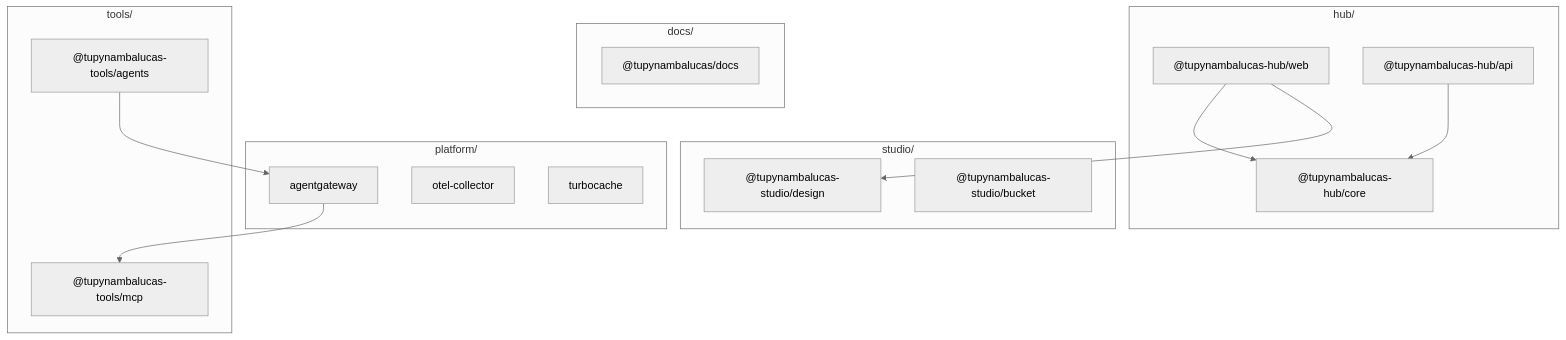
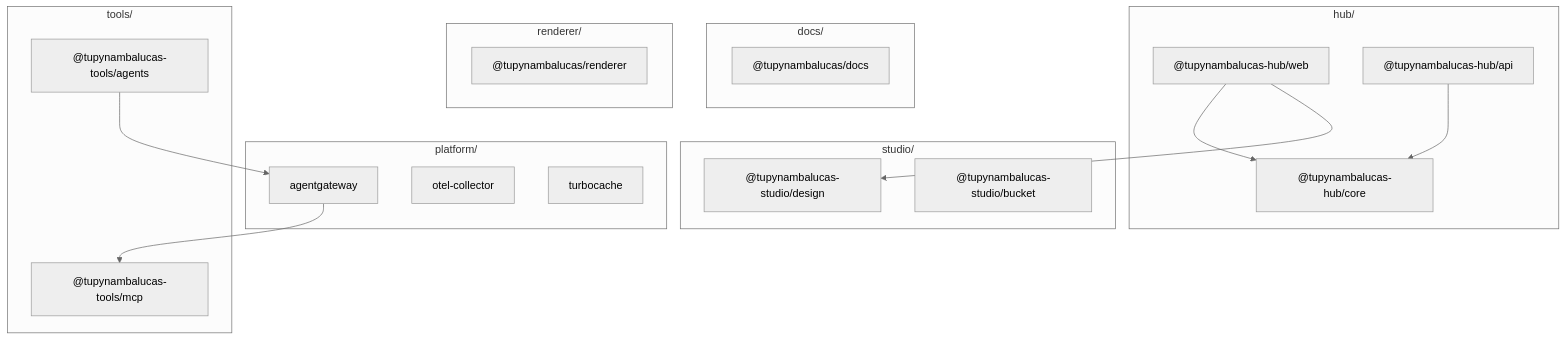
One commit to tupynambalucas/tupynambalucas changed the diagram in MONOREPO.md. Above: the diagram before and after it, drawn with Mermaid (neutral theme). The commit also changed other lines of this file and 29 other files, not shown here.

````diff
--- a/MONOREPO.md
+++ b/MONOREPO.md
@@ -85,30 +85,33 @@
 ```mermaid
 graph TD
     direction TB
     subgraph Docs_Context ["docs/"]
         Docs["@tupynambalucas/docs"]
+    end
+    subgraph Renderer_Context ["renderer/"]
+        Renderer["@tupynambalucas/renderer"]
     end
     subgraph Hub_Context ["hub/"]
         Web["@tupynambalucas-hub/web"]
         API["@tupynambalucas-hub/api"]
         Core["@tupynambalucas-hub/core"]
     end
     subgraph Studio_Context ["studio/"]
         Design["@tupynambalucas-studio/design"]
         Bucket["@tupynambalucas-studio/bucket"]
     end
     subgraph Platform_Context ["platform/"]
         AgentGateway["agentgateway"]
         Telemetry["otel-collector"]
         TurboCache["turbocache"]
     end
     subgraph Tools_Context ["tools/"]
         MCPAgents["@tupynambalucas-tools/agents"]
         MCPGateway["@tupynambalucas-tools/mcp"]
     end
     Web --> Core
     API --> Core
     Web --> Design
     MCPAgents --> AgentGateway
     AgentGateway --> MCPGateway
 ```
````
